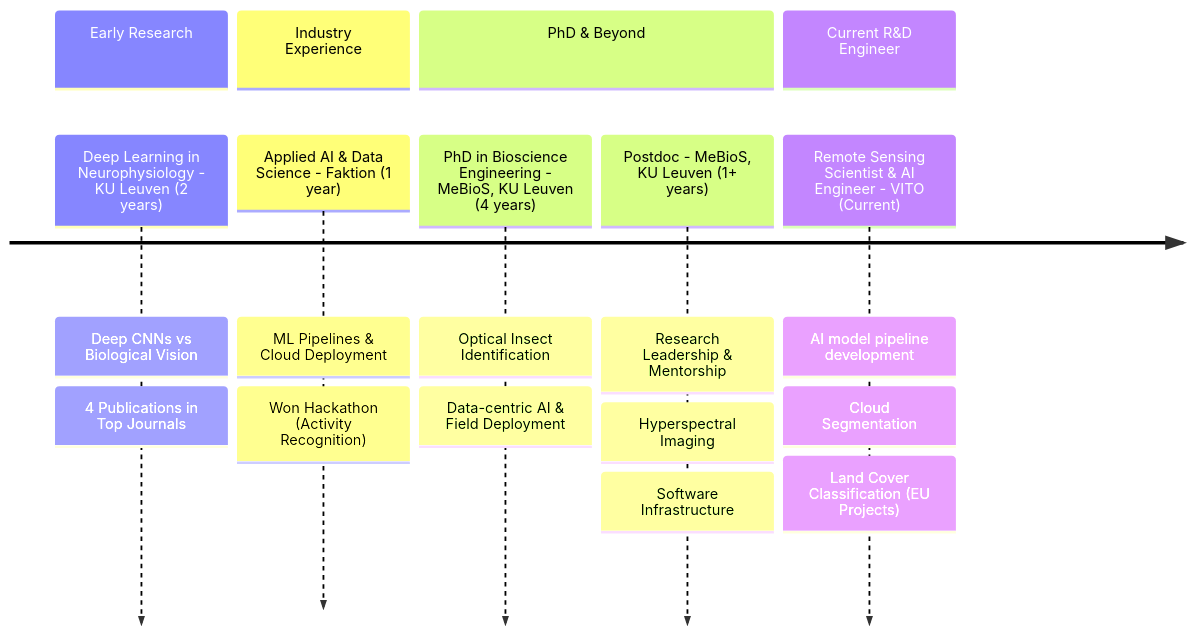
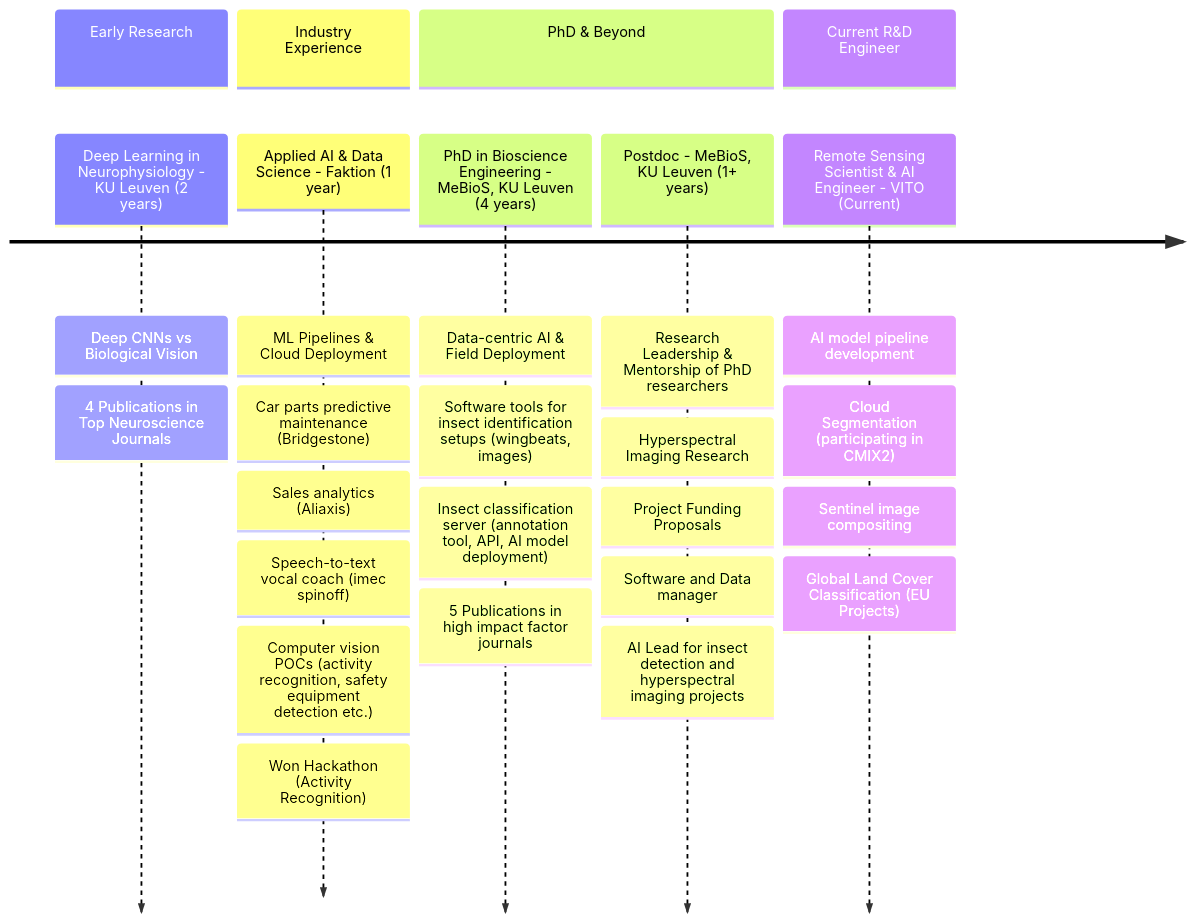
The diagram in README.md (kalfasyan/kalfasyan), drawn with Mermaid before and after one commit.

````diff
--- a/README.md
+++ b/README.md
@@ -104,23 +104,32 @@
 ```mermaid
 timeline    
     section Early Research
         Deep Learning in Neurophysiology - KU Leuven (2 years) : Deep CNNs vs Biological Vision
-                                  : 4 Publications in Top Journals
+                                  : 4 Publications in Top Neuroscience Journals
     
     section Industry Experience
         Applied AI & Data Science - Faktion (1 year)         : ML Pipelines & Cloud Deployment
+                                 : Car parts predictive maintenance (Bridgestone)
+                                 : Sales analytics (Aliaxis)
+                                 : Speech-to-text vocal coach (imec spinoff)
+                                 : Computer vision POCs (activity recognition, safety equipment detection etc.)
                                  : Won Hackathon (Activity Recognition)
     
     section PhD & Beyond
-        PhD in Bioscience Engineering - MeBioS, KU Leuven (4 years)   : Optical Insect Identification
-                                 : Data-centric AI & Field Deployment
+        PhD in Bioscience Engineering - MeBioS, KU Leuven (4 years)   : Data-centric AI & Field Deployment
+                                 : Software tools for insect identification setups (wingbeats, images)
+                                 : Insect classification server (annotation tool, API, AI model deployment)
+                                 : 5 Publications in high impact factor journals
         
-        Postdoc - MeBioS, KU Leuven (1+ years)       : Research Leadership & Mentorship
-                                 : Hyperspectral Imaging
-                                 : Software Infrastructure
+        Postdoc - MeBioS, KU Leuven (1+ years)       : Research Leadership & Mentorship of PhD researchers
+                                 : Hyperspectral Imaging Research
+                                 : Project Funding Proposals
+                                 : Software and Data manager
+                                 : AI Lead for insect detection and hyperspectral imaging projects
     
     section Current R&D Engineer
         Remote Sensing Scientist & AI Engineer - VITO (Current)           : AI model pipeline development
-                                 : Cloud Segmentation
-                                 : Land Cover Classification (EU Projects)
+                                 : Cloud Segmentation (participating in CMIX2)
+                                 : Sentinel image compositing
+                                 : Global Land Cover Classification (EU Projects)
 ```  
````
